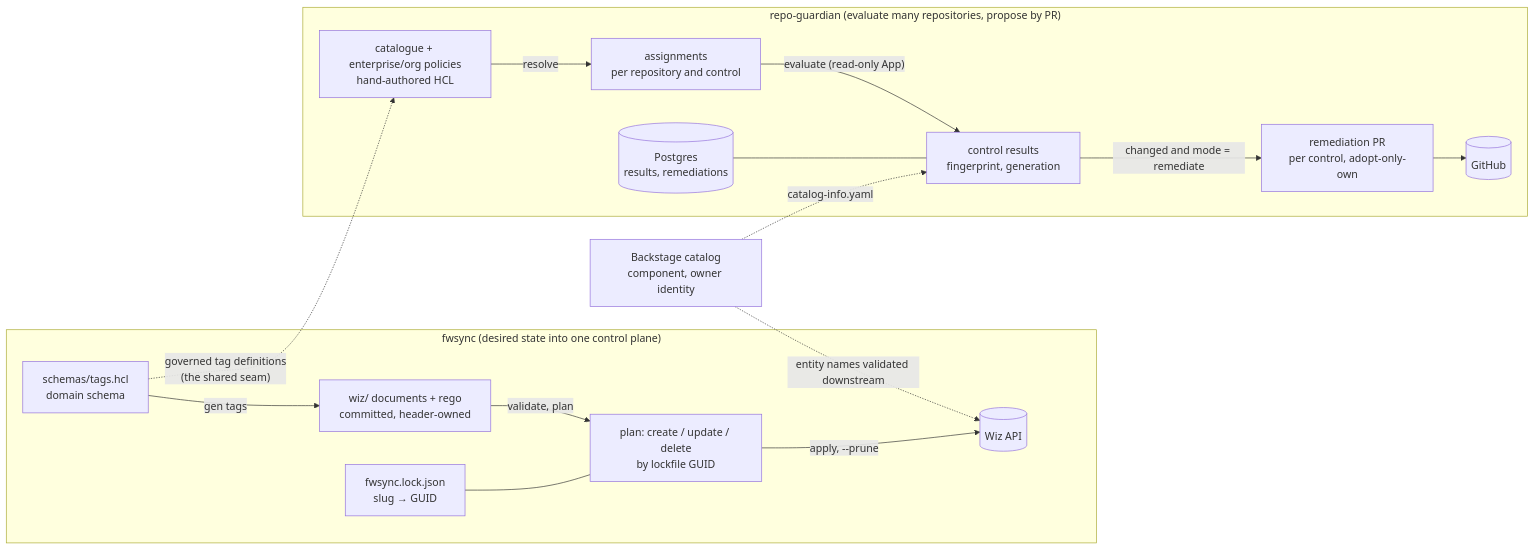
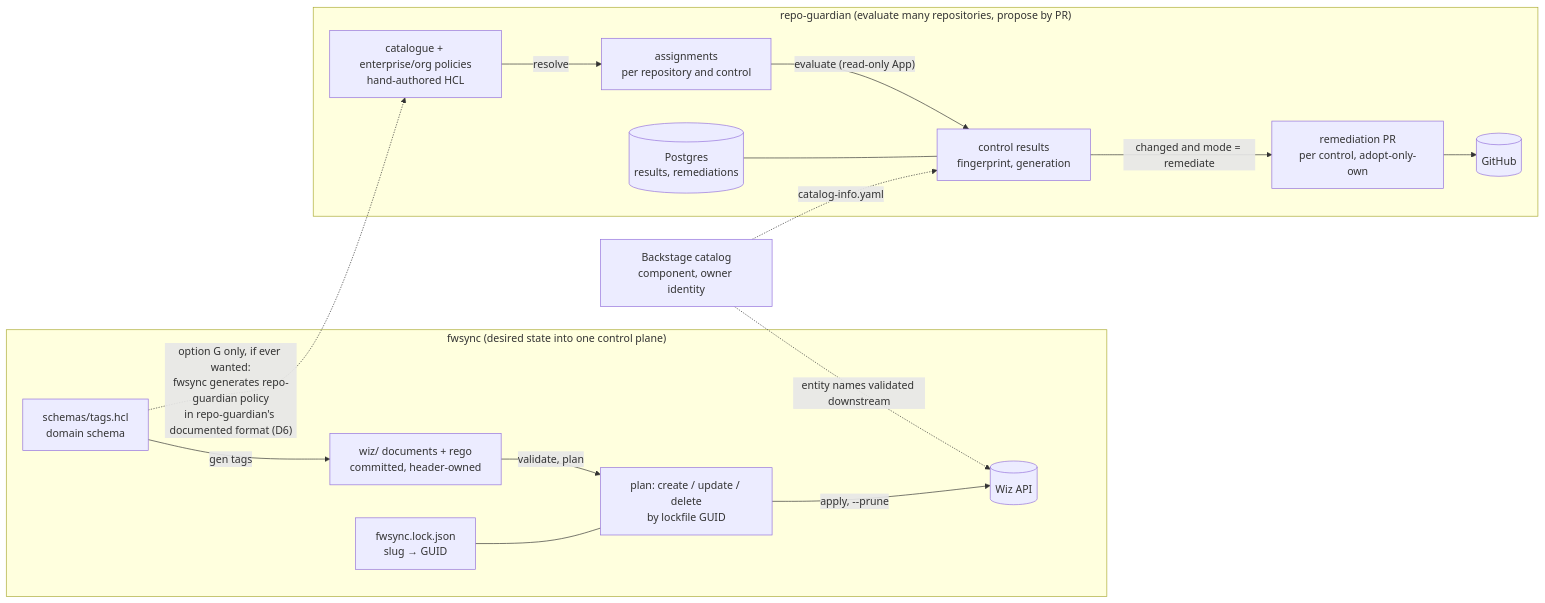
One commit to donaldgifford/repo-guardian changed the first of 2 diagrams in docs/design/0033-fwsync-as-inspiration-shared-hcl-concepts-and-whether-to-reuse.md. Above: the diagram before and after it, drawn with Mermaid. The commit also changed other lines of this file and 10 other files, not shown here.

````diff
--- a/docs/design/0033-fwsync-as-inspiration-shared-hcl-concepts-and-whether-to-reuse.md
+++ b/docs/design/0033-fwsync-as-inspiration-shared-hcl-concepts-and-whether-to-reuse.md
@@ -85,22 +85,22 @@
 ```mermaid
 flowchart LR
     subgraph FW["fwsync (desired state into one control plane)"]
         FS["schemas/tags.hcl<br/>domain schema"] -- "gen tags" --> FD["wiz/ documents + rego<br/>committed, header-owned"]
         FD -- "validate, plan" --> FP["plan: create / update / delete<br/>by lockfile GUID"]
         FP -- "apply, --prune" --> WIZ[("Wiz API")]
         FL["fwsync.lock.json<br/>slug → GUID"] --- FP
     end
 
     subgraph RG["repo-guardian (evaluate many repositories, propose by PR)"]
         RC["catalogue + enterprise/org policies<br/>hand-authored HCL"] -- "resolve" --> RA["assignments<br/>per repository and control"]
         RA -- "evaluate (read-only App)" --> RR["control results<br/>fingerprint, generation"]
         RR -- "changed and mode = remediate" --> RP["remediation PR<br/>per control, adopt-only-own"]
         RP --> GH[("GitHub")]
         RDB[("Postgres<br/>results, remediations")] --- RR
     end
 
     BS["Backstage catalog<br/>component, owner identity"]
     BS -. "catalog-info.yaml" .-> RR
     BS -. "entity names validated downstream" .-> WIZ
-    FS -. "governed tag definitions<br/>(the shared seam)" .-> RC
+    FS -. "option G only, if ever wanted:<br/>fwsync generates repo-guardian policy<br/>in repo-guardian's documented format (D6)" .-> RC
 ```
````
